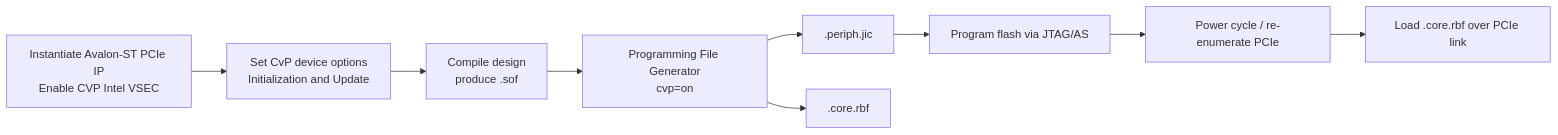
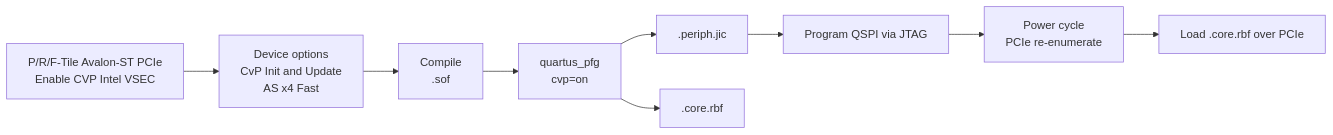
The diagram in docs/cvp-avalon-st-peripheral-image.md (rushikeshpurohit0908/Cursor_Rushi), drawn with Mermaid before and after one commit. The commit also changed other lines of this file and 2 other files, not shown here.

First line of the commit message:
docs: tailor CvP Avalon-ST periphery guide for Agilex 7

````diff
--- a/docs/cvp-avalon-st-peripheral-image.md
+++ b/docs/cvp-avalon-st-peripheral-image.md
@@ -41,11 +60,11 @@
 ```mermaid
 flowchart LR
-    A[Instantiate Avalon-ST PCIe IP<br/>Enable CVP Intel VSEC] --> B[Set CvP device options<br/>Initialization and Update]
-    B --> C[Compile design<br/>produce .sof]
-    C --> D[Programming File Generator<br/>cvp=on]
+    A[P/R/F-Tile Avalon-ST PCIe<br/>Enable CVP Intel VSEC] --> B[Device options<br/>CvP Init and Update<br/>AS x4 Fast]
+    B --> C[Compile<br/>.sof]
+    C --> D[quartus_pfg<br/>cvp=on]
     D --> E[.periph.jic]
     D --> F[.core.rbf]
-    E --> G[Program flash via JTAG/AS]
-    G --> H[Power cycle / re-enumerate PCIe]
-    H --> I[Load .core.rbf over PCIe link]
+    E --> G[Program QSPI via JTAG]
+    G --> H[Power cycle<br/>PCIe re-enumerate]
+    H --> I[Load .core.rbf over PCIe]
 ```
````
